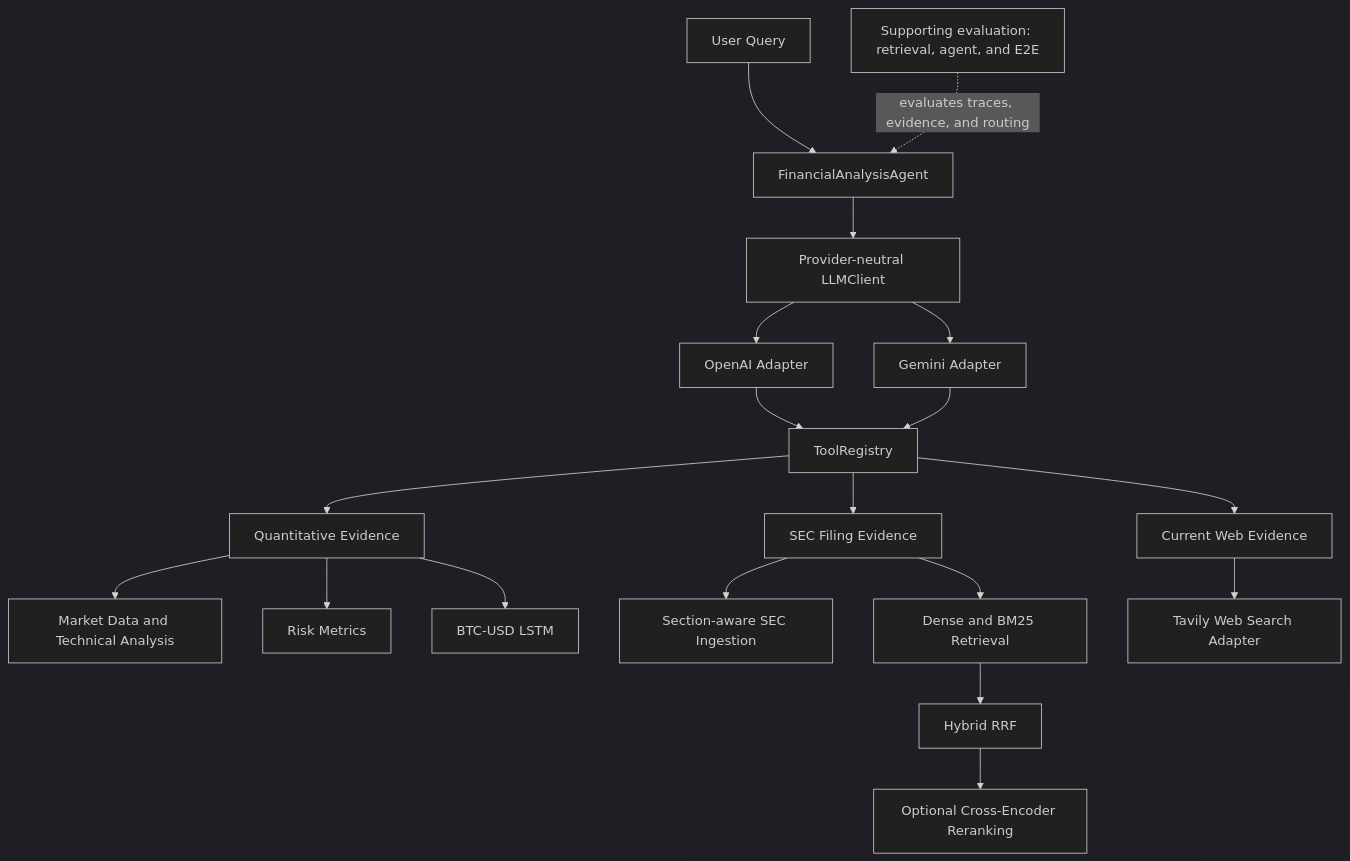
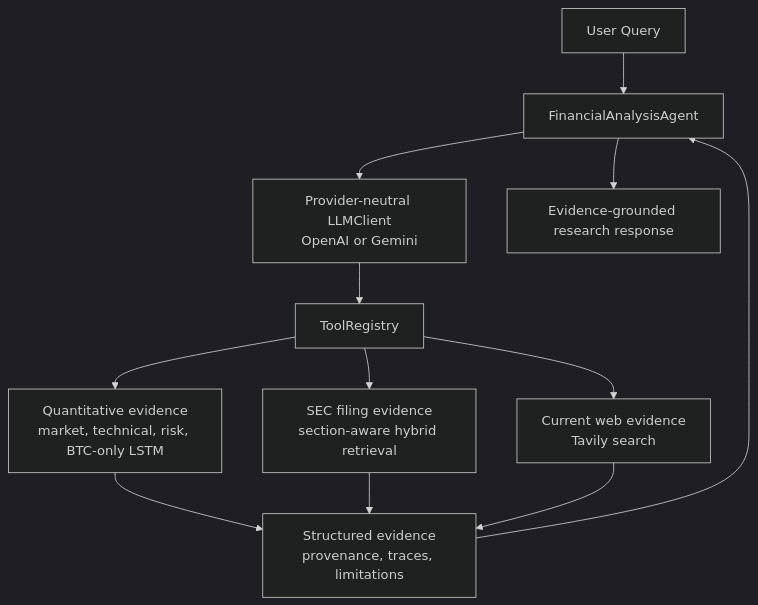
Before and after one commit to Alan0817/financial-research-agent: the first of 2 diagrams in README.md, drawn with Mermaid (dark theme). The commit also changed other lines of this file, not shown here.

````diff
--- a/README.md
+++ b/README.md
@@ -33,21 +24,14 @@
 ```mermaid
 flowchart TD
     U[User Query] --> A[FinancialAnalysisAgent]
-    A --> L[Provider-neutral LLMClient]
-    L --> O[OpenAI Adapter]
-    L --> G[Gemini Adapter]
-    O --> R[ToolRegistry]
-    G --> R
-    R --> Q[Quantitative Evidence]
-    Q --> M[Market Data and Technical Analysis]
-    Q --> K[Risk Metrics]
-    Q --> B[BTC-USD LSTM]
-    R --> S[SEC Filing Evidence]
-    S --> I[Section-aware SEC Ingestion]
-    S --> D[Dense and BM25 Retrieval]
-    D --> H[Hybrid RRF]
-    H --> X[Optional Cross-Encoder Reranking]
-    R --> W[Current Web Evidence]
-    W --> T[Tavily Web Search Adapter]
-    EV[Supporting evaluation: retrieval, agent, and E2E] -. evaluates traces, evidence, and routing .-> A
+    A --> L[Provider-neutral LLMClient<br/>OpenAI or Gemini]
+    L --> R[ToolRegistry]
+    R --> Q[Quantitative evidence<br/>market, technical, risk, BTC-only LSTM]
+    R --> S[SEC filing evidence<br/>section-aware hybrid retrieval]
+    R --> W[Current web evidence<br/>Tavily search]
+    Q --> E[Structured evidence<br/>provenance, traces, limitations]
+    S --> E
+    W --> E
+    E --> A
+    A --> O[Evidence-grounded research response]
 ```
````
